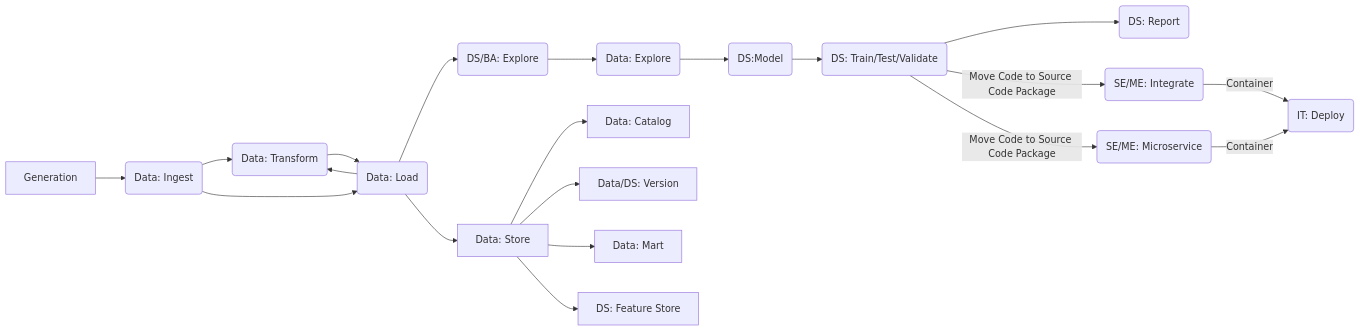
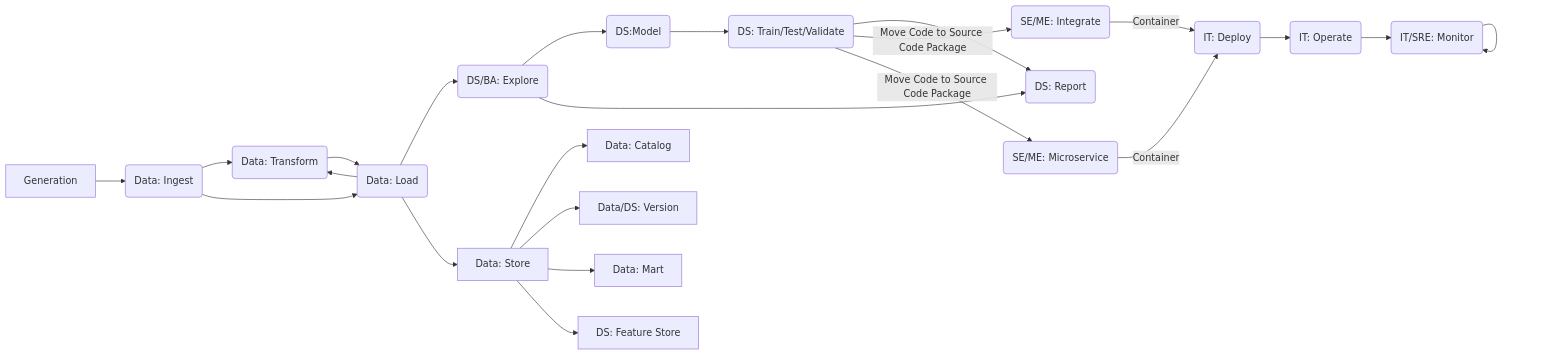
One commit to mraarone/dsbaseline changed the diagram in docs/docs/index.md. Above: the diagram before and after it, drawn with Mermaid.

````diff
--- a/docs/docs/index.md
+++ b/docs/docs/index.md
@@ -118,13 +118,15 @@
 ```mermaid
 flowchart LR
-    A[Generation] --> B(Data: Ingest) --> C(Data: Transform) --> D(Data: Load) --> E(DS/BA: Explore) --> F(Data: Explore) --> G(DS:Model)
+    A[Generation] --> B(Data: Ingest) --> C(Data: Transform) --> D(Data: Load) --> E(DS/BA: Explore) --> G(DS:Model)
     G --> H(DS: Train/Test/Validate) --> I(DS: Report)
-    H -->|Move Code to Source Code Package| O(SE/ME: Integrate) & P(SE/ME: Microservice) -->|Container| Q(IT: Deploy)
+    H -->|Move Code to Source Code Package| O(SE/ME: Integrate) & P(SE/ME: Microservice) -->|Container| Q(IT: Deploy) --> R(IT: Operate) --> S(IT/SRE: Monitor)
+    S --> S
+    E --> I
     B --> D
     D --> C
     D --> J[Data: Store]
     J --> K[Data: Catalog]
     J --> L[Data/DS: Version]
     J --> M[Data: Mart]
     J --> N[DS: Feature Store]
 ```
````
